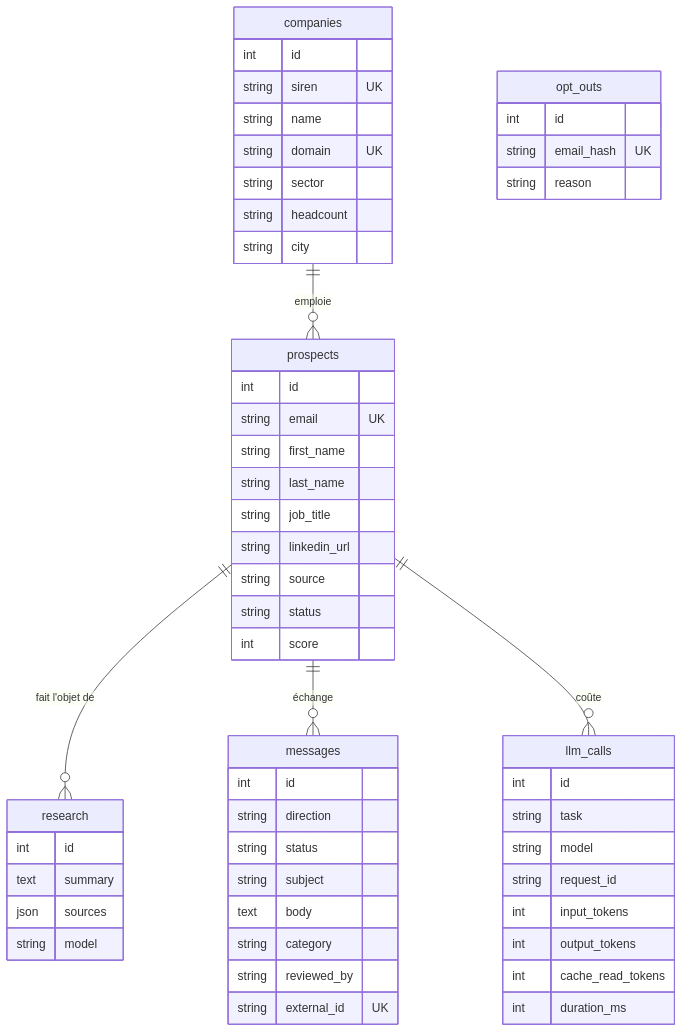
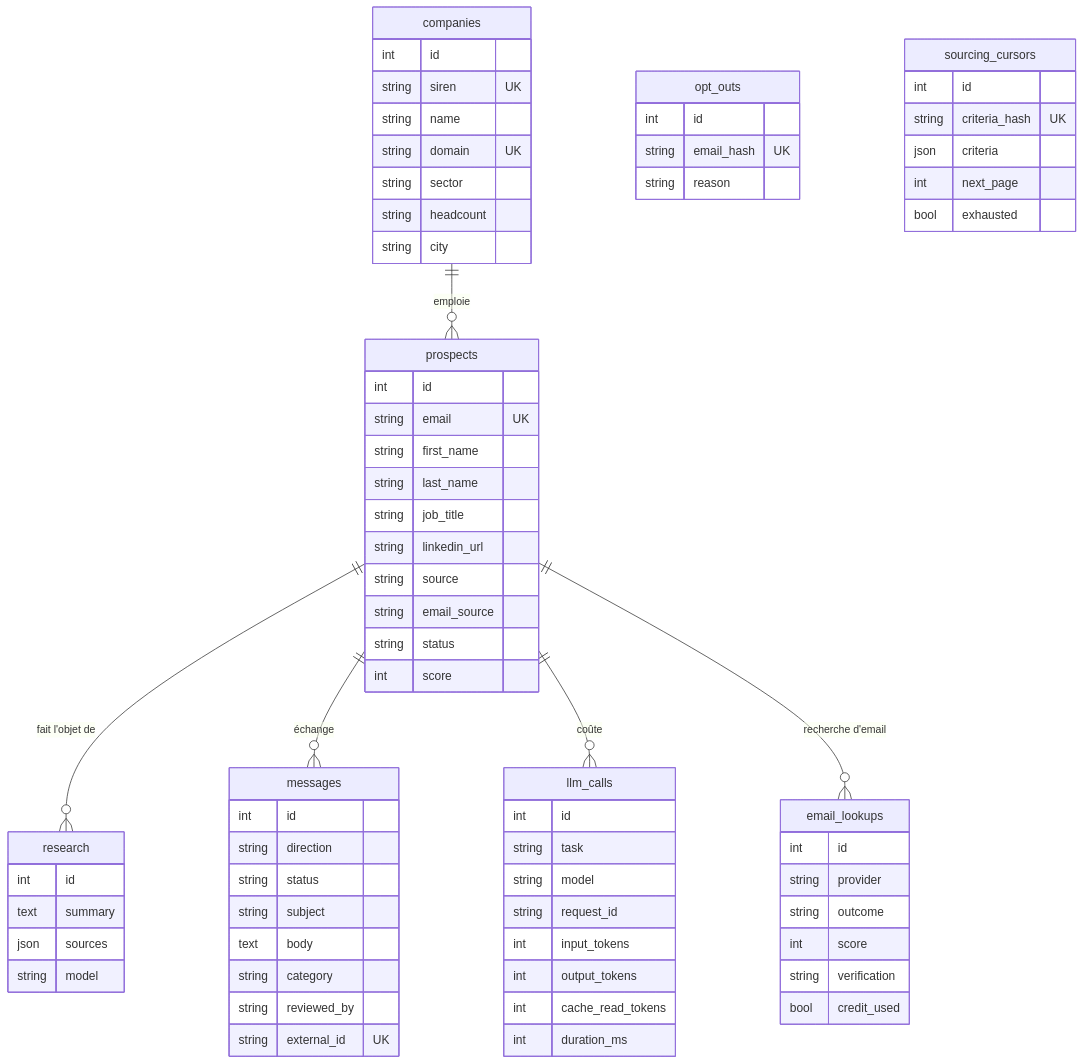
One commit to lboitel/prospecting-agent changed the second of 3 diagrams in docs/ARCHITECTURE.md. Above: the diagram before and after it, drawn with Mermaid. The commit also changed other lines of this file and 16 other files, not shown here.

````diff
--- a/docs/ARCHITECTURE.md
+++ b/docs/ARCHITECTURE.md
@@ -166,59 +170,76 @@
 ```mermaid
 erDiagram
     companies ||--o{ prospects : emploie
     prospects ||--o{ research : "fait l'objet de"
     prospects ||--o{ messages : "échange"
     prospects ||--o{ llm_calls : "coûte"
+    prospects ||--o{ email_lookups : "recherche d'email"
 
     companies {
         int id
         string siren UK
         string name
         string domain UK
         string sector
         string headcount
         string city
     }
     prospects {
         int id
         string email UK
         string first_name
         string last_name
         string job_title
         string linkedin_url
         string source
+        string email_source
         string status
         int score
     }
     research {
         int id
         text summary
         json sources
         string model
     }
     messages {
         int id
         string direction
         string status
         string subject
         text body
         string category
         string reviewed_by
         string external_id UK
     }
     opt_outs {
         int id
         string email_hash UK
         string reason
     }
     llm_calls {
         int id
         string task
         string model
         string request_id
         int input_tokens
         int output_tokens
         int cache_read_tokens
         int duration_ms
     }
+    email_lookups {
+        int id
+        string provider
+        string outcome
+        int score
+        string verification
+        bool credit_used
+    }
+    sourcing_cursors {
+        int id
+        string criteria_hash UK
+        json criteria
+        int next_page
+        bool exhausted
+    }
 ```
````
